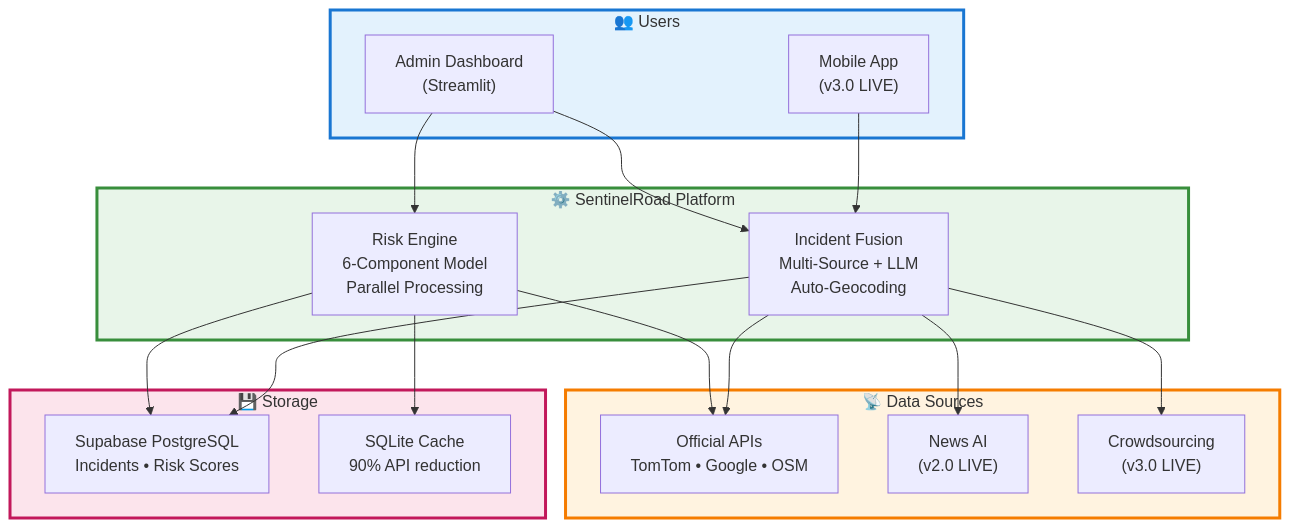
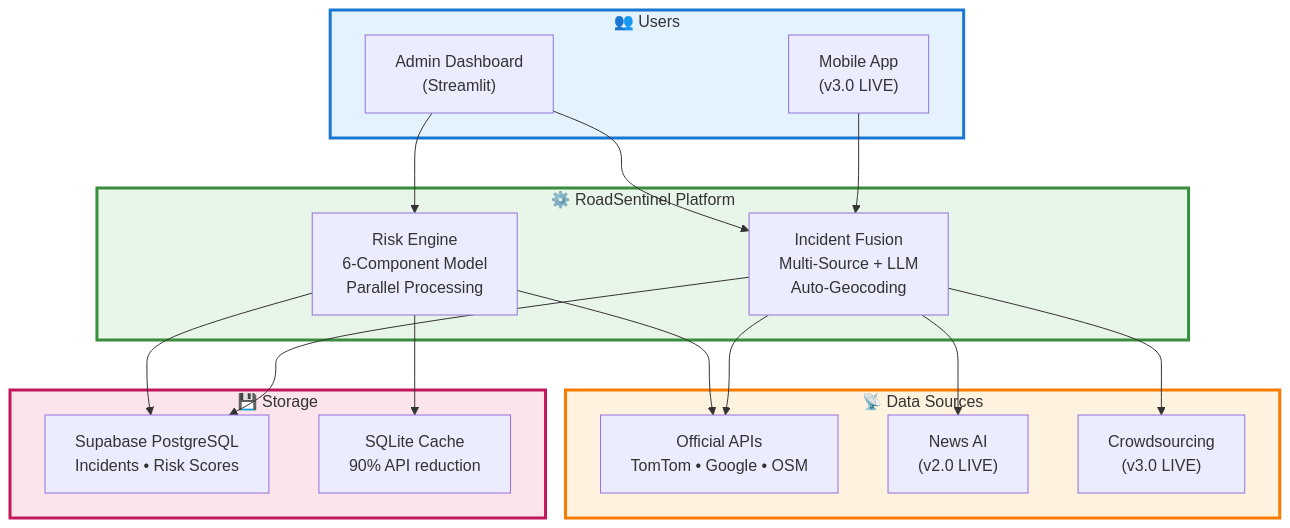
Before and after one commit to tester248/RoadSentinel: the diagram in README.md, drawn with Mermaid. The commit also changed other lines of this file, not shown here.

First line of the commit message:
rebrand: Rename SentinelRoad to RoadSentinel

````diff
--- a/README.md
+++ b/README.md
@@ -209,41 +209,41 @@
 ```mermaid
 graph TB
     subgraph Users["👥 Users"]
         Admin["Admin Dashboard<br/>(Streamlit)"]
         Mobile["Mobile App<br/>(v3.0 LIVE)"]
     end
     
-    subgraph Core["⚙️ SentinelRoad Platform"]
+    subgraph Core["⚙️ RoadSentinel Platform"]
         RiskEngine["Risk Engine<br/>6-Component Model<br/>Parallel Processing"]
         IncidentFusion["Incident Fusion<br/>Multi-Source + LLM<br/>Auto-Geocoding"]
     end
     
     subgraph DataSources["📡 Data Sources"]
         Official["Official APIs<br/>TomTom • Google • OSM"]
         News["News AI<br/>(v2.0 LIVE)"]
         Crowd["Crowdsourcing<br/>(v3.0 LIVE)"]
     end
     
     subgraph Storage["💾 Storage"]
         DB["Supabase PostgreSQL<br/>Incidents • Risk Scores"]
         Cache["SQLite Cache<br/>90% API reduction"]
     end
     
     Admin --> RiskEngine
     Admin --> IncidentFusion
     Mobile --> IncidentFusion
     
     RiskEngine --> Official
     IncidentFusion --> Official
     IncidentFusion --> News
     IncidentFusion --> Crowd
     
     RiskEngine --> DB
     IncidentFusion --> DB
     RiskEngine --> Cache
     
     style Users fill:#E3F2FD,stroke:#1976D2,stroke-width:3px
     style Core fill:#E8F5E9,stroke:#388E3C,stroke-width:3px
     style DataSources fill:#FFF3E0,stroke:#F57C00,stroke-width:3px
     style Storage fill:#FCE4EC,stroke:#C2185B,stroke-width:3px
 ```
````
